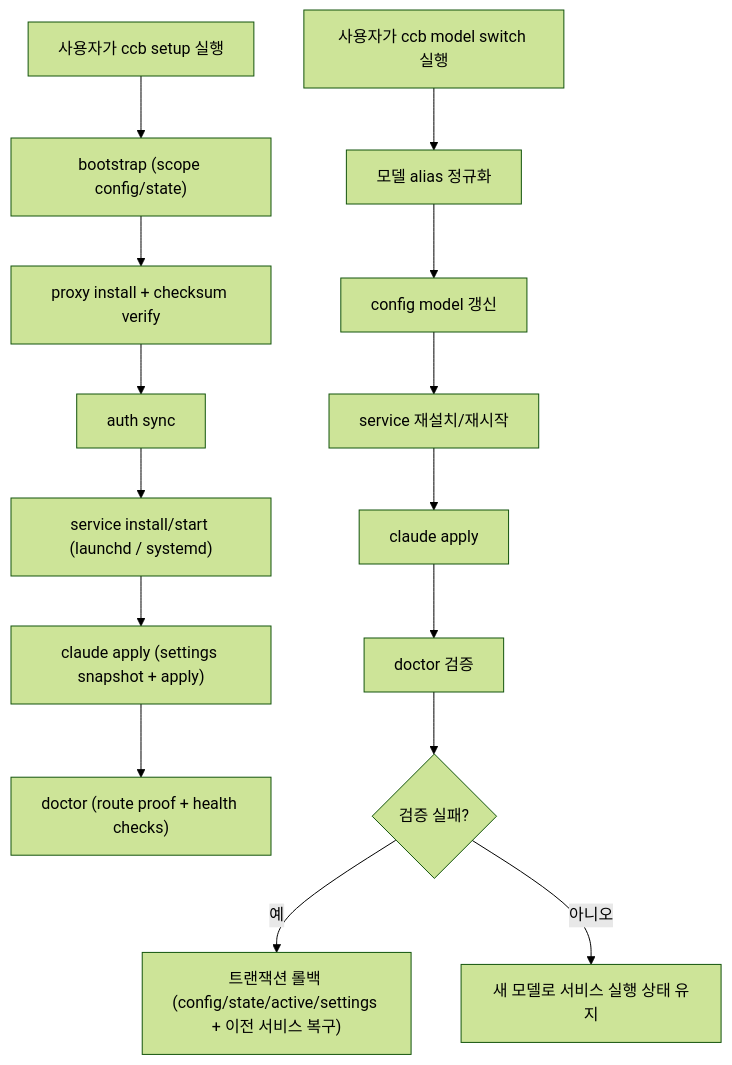
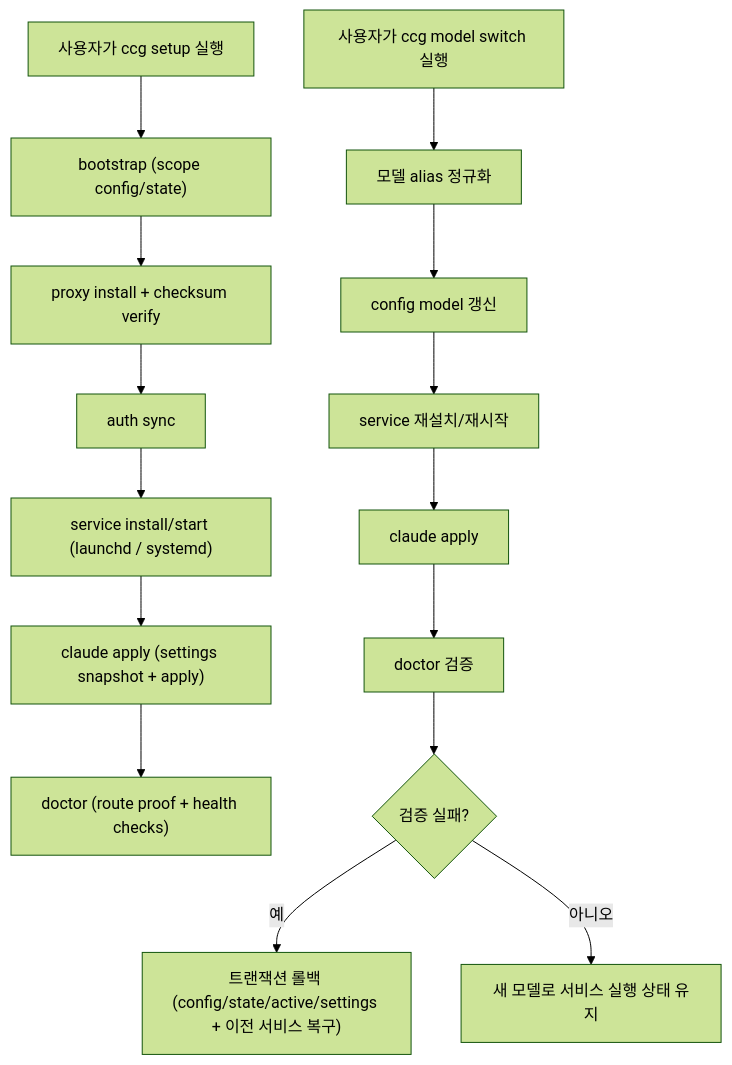
The diagram in README_ko.md (brody-0125/ccgateway), drawn with Mermaid (forest theme) before and after one commit. The commit also changed other lines of this file and 24 other files, not shown here.

First line of the commit message:
Rename ccb to ccg throughout codebase (#28)

````diff
--- a/README_ko.md
+++ b/README_ko.md
@@ -28,18 +28,18 @@
 ```mermaid
 flowchart TD
-  A["사용자가 ccb setup 실행"] --> B["bootstrap (scope config/state)"]
+  A["사용자가 ccg setup 실행"] --> B["bootstrap (scope config/state)"]
   B --> C["proxy install + checksum verify"]
   C --> D["auth sync"]
   D --> E["service install/start (launchd / systemd)"]
   E --> F["claude apply (settings snapshot + apply)"]
   F --> G["doctor (route proof + health checks)"]
 
-  H["사용자가 ccb model switch 실행"] --> I["모델 alias 정규화"]
+  H["사용자가 ccg model switch 실행"] --> I["모델 alias 정규화"]
   I --> J["config model 갱신"]
   J --> K["service 재설치/재시작"]
   K --> L["claude apply"]
   L --> M["doctor 검증"]
   M --> N{"검증 실패?"}
   N -- "예" --> O["트랜잭션 롤백 (config/state/active/settings + 이전 서비스 복구)"]
   N -- "아니오" --> P["새 모델로 서비스 실행 상태 유지"]
 ```
````
